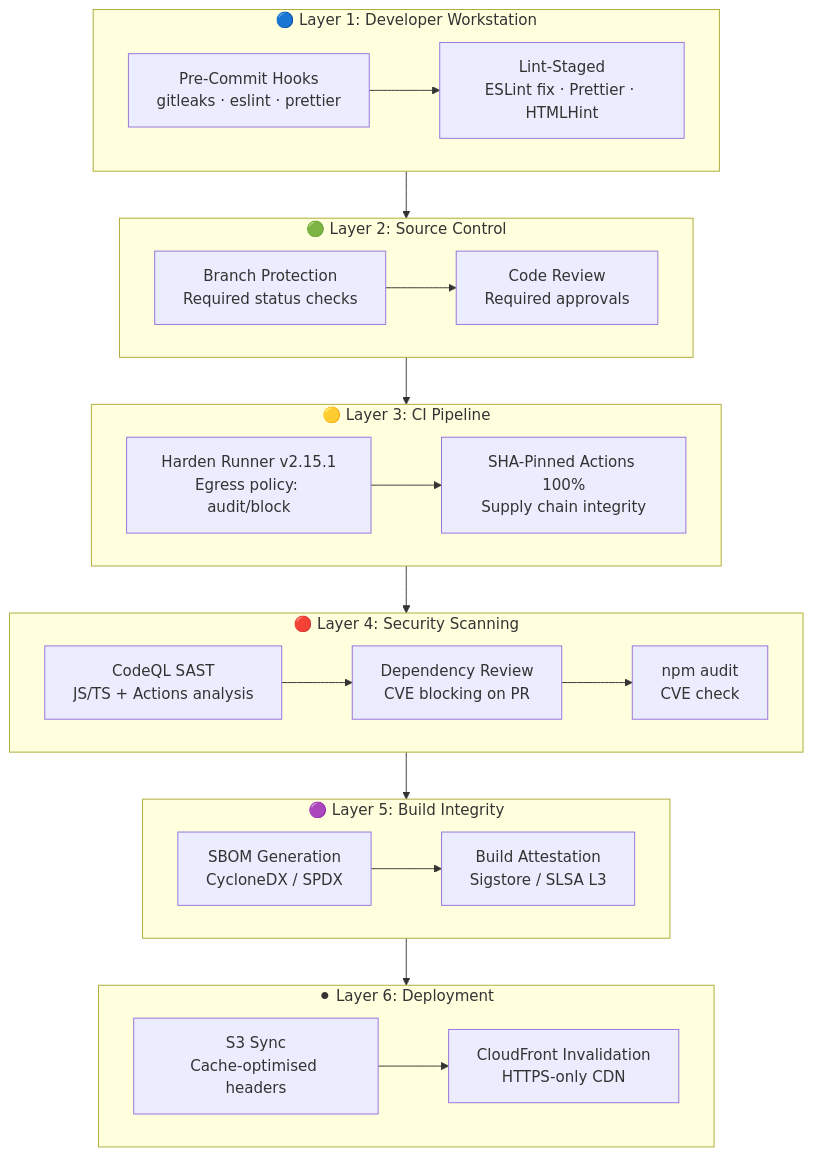
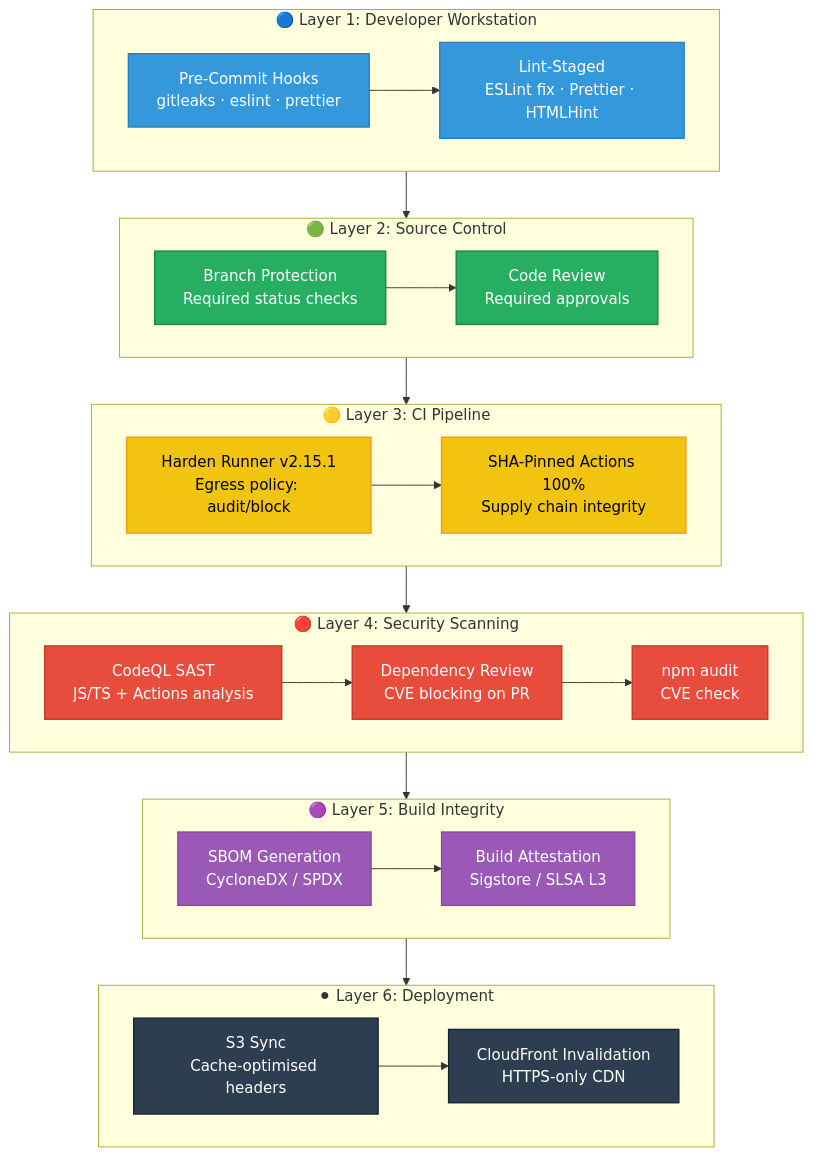
The eighth of 14 diagrams in WORKFLOWS.md (Hack23/euparliamentmonitor), drawn with Mermaid before and after one commit. The commit also changed other lines of this file, not shown here.

First line of the commit message:
Add ISMS-compliant color-coded Mermaid diagrams and badges to WORKFLOWS.md

````diff
--- a/WORKFLOWS.md
+++ b/WORKFLOWS.md
@@ -822,41 +988,55 @@
 ```mermaid
 graph TD
     subgraph Layer1["🔵 Layer 1: Developer Workstation"]
         PC[Pre-Commit Hooks<br/>gitleaks · eslint · prettier]
         LS[Lint-Staged<br/>ESLint fix · Prettier · HTMLHint]
         PC --> LS
     end
 
     subgraph Layer2["🟢 Layer 2: Source Control"]
         BP[Branch Protection<br/>Required status checks]
         CR[Code Review<br/>Required approvals]
         BP --> CR
     end
 
     subgraph Layer3["🟡 Layer 3: CI Pipeline"]
         HR[Harden Runner v2.15.1<br/>Egress policy: audit/block]
         ST[SHA-Pinned Actions 100%<br/>Supply chain integrity]
         HR --> ST
     end
 
     subgraph Layer4["🔴 Layer 4: Security Scanning"]
         CQL[CodeQL SAST<br/>JS/TS + Actions analysis]
         DR[Dependency Review<br/>CVE blocking on PR]
         NA[npm audit<br/>CVE check]
         CQL --> DR --> NA
     end
 
     subgraph Layer5["🟣 Layer 5: Build Integrity"]
         SB[SBOM Generation<br/>CycloneDX / SPDX]
         AT[Build Attestation<br/>Sigstore / SLSA L3]
         SB --> AT
     end
 
     subgraph Layer6["⚫ Layer 6: Deployment"]
         S3[S3 Sync<br/>Cache-optimised headers]
         CF[CloudFront Invalidation<br/>HTTPS-only CDN]
         S3 --> CF
     end
 
     Layer1 --> Layer2 --> Layer3 --> Layer4 --> Layer5 --> Layer6
+
+    classDef layer1 fill:#3498db,stroke:#2980b9,stroke-width:1.5px,color:white
+    classDef layer2 fill:#27ae60,stroke:#1e8449,stroke-width:1.5px,color:white
+    classDef layer3 fill:#f1c40f,stroke:#f39c12,stroke-width:1.5px,color:black
+    classDef layer4 fill:#e74c3c,stroke:#c0392b,stroke-width:1.5px,color:white
+    classDef layer5 fill:#9b59b6,stroke:#8e44ad,stroke-width:1.5px,color:white
+    classDef layer6 fill:#2c3e50,stroke:#1a252f,stroke-width:1.5px,color:white
+
+    class PC,LS layer1
+    class BP,CR layer2
+    class HR,ST layer3
+    class CQL,DR,NA layer4
+    class SB,AT layer5
+    class S3,CF layer6
 ```
````
